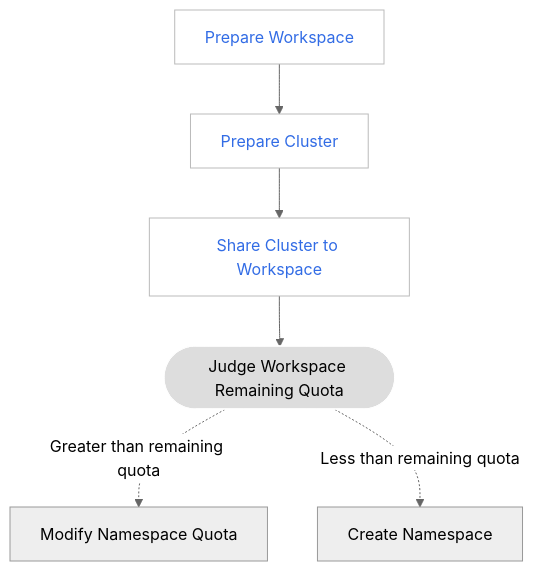
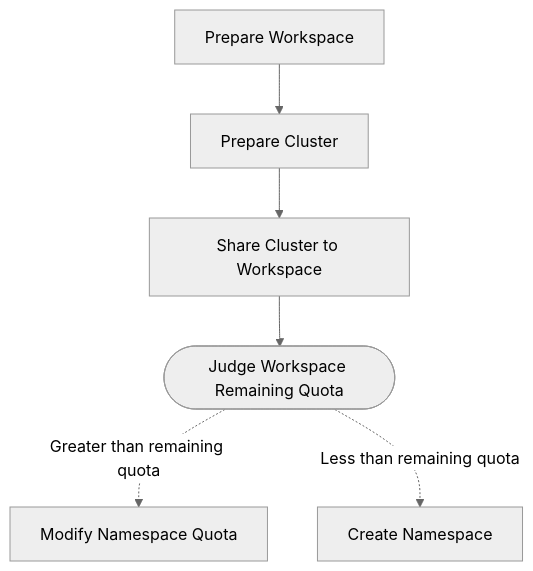
The diagram in docs/en/docs/ghippo/best-practice/cluster-for-multiws.md (DaoCloud/DaoCloud-docs), drawn with Mermaid (neutral theme) before and after one commit. The commit also changed 40 other files, not shown here.

Commit message:
remove classdef and class from mermaid blocks globally (#7555)

````diff
--- a/docs/en/docs/ghippo/best-practice/cluster-for-multiws.md
+++ b/docs/en/docs/ghippo/best-practice/cluster-for-multiws.md
@@ -27,22 +27,15 @@
 ```mermaid
 graph TB
 
 preparews[Prepare Workspace] --> preparecs[Prepare Cluster]
 --> share[Share Cluster to Workspace]
 --> judge([Judge Workspace Remaining Quota])
 judge -.Greater than remaining quota.->modifyns[Modify Namespace Quota]
 judge -.Less than remaining quota.->createns[Create Namespace]
 
-classDef plain fill:#ddd,stroke:#fff,stroke-width:1px,color:#000;
-classDef k8s fill:#326ce5,stroke:#fff,stroke-width:1px,color:#fff;
-classDef cluster fill:#fff,stroke:#bbb,stroke-width:1px,color:#326ce5;
-
-class preparews,preparecs,share, cluster;
-class judge plain
-
 click preparews "https://docs.daocloud.io/en/ghippo/user-guide/workspace/cluster-for-multiws/#prepare-a-workspace"
 click preparecs "https://docs.daocloud.io/en/ghippo/user-guide/workspace/cluster-for-multiws/#prepare-a-cluster"
 click share "https://docs.daocloud.io/en/ghippo/user-guide/workspace/cluster-for-multiws/#add-a-cluster-to-the-workspace"
 click createns "https://docs.daocloud.io/en/amamba/user-guide/namespace/namespace/#create-a-namespace"
 click modifyns "https://docs.daocloud.io/en/amamba/user-guide/namespace/namespace/#namespace-quotas"
 ```
````
